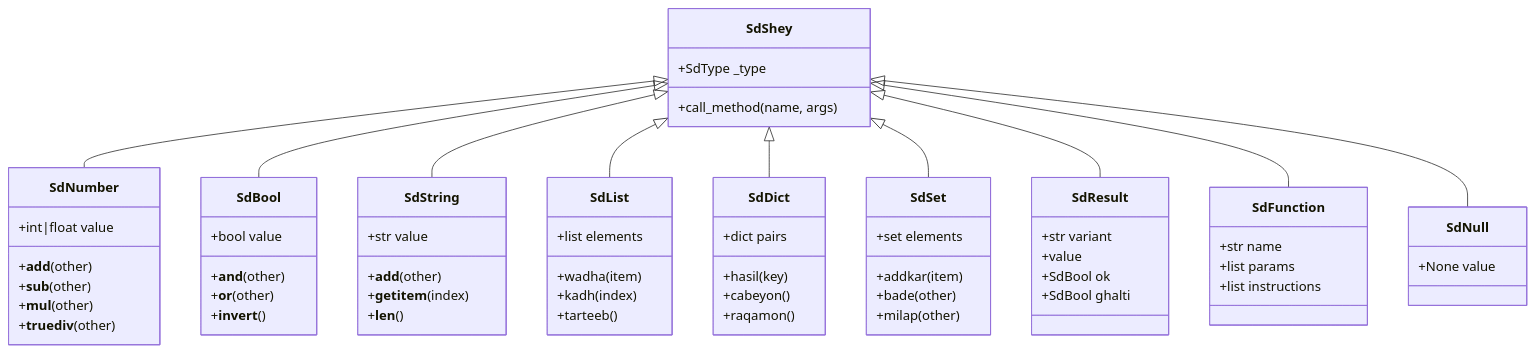
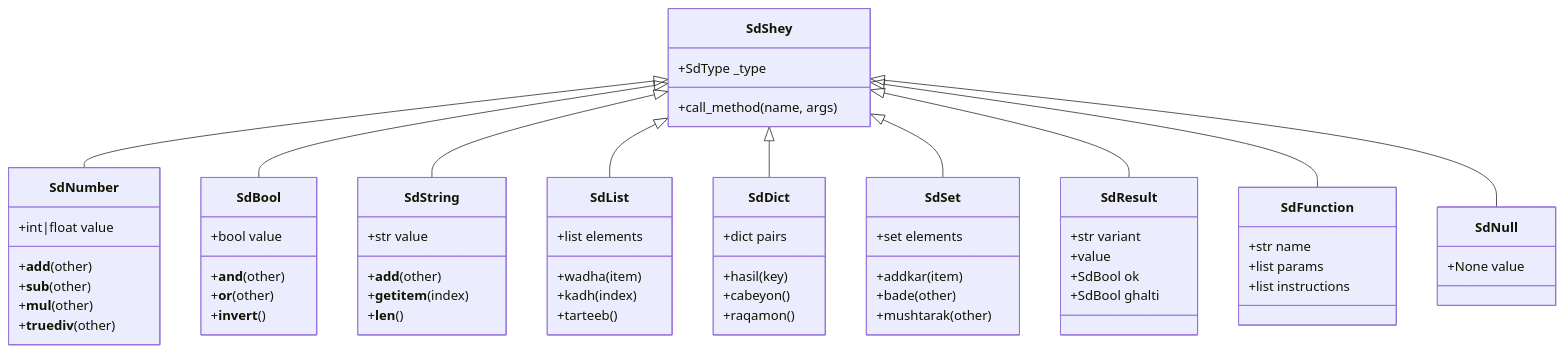
One commit to AmanatAliPanhwer/Sindlish changed the first of 2 diagrams in developer-docs/OBJECTS.md. Above: the diagram before and after it, drawn with Mermaid. The commit also changed other lines of this file and 10 other files, not shown here.

First line of the commit message:
refactor(collections): rename set intersection method milap -> mushtarak

````diff
--- a/developer-docs/OBJECTS.md
+++ b/developer-docs/OBJECTS.md
@@ -7,77 +7,77 @@
 ```mermaid
 classDiagram
     class SdShey {
         +SdType _type
         +call_method(name, args)
     }
 
     class SdNumber {
         +int|float value
         +__add__(other)
         +__sub__(other)
         +__mul__(other)
         +__truediv__(other)
     }
 
     class SdBool {
         +bool value
         +__and__(other)
         +__or__(other)
         +__invert__()
     }
 
     class SdString {
         +str value
         +__add__(other)
         +__getitem__(index)
         +__len__()
     }
 
     class SdList {
         +list elements
         +wadha(item)
         +kadh(index)
         +tarteeb()
     }
 
     class SdDict {
         +dict pairs
         +hasil(key)
         +cabeyon()
         +raqamon()
     }
 
     class SdSet {
         +set elements
         +addkar(item)
         +bade(other)
-        +milap(other)
+        +mushtarak(other)
     }
 
     class SdResult {
         +str variant
         +value
         +SdBool ok
         +SdBool ghalti
     }
 
     class SdFunction {
         +str name
         +list params
         +list instructions
     }
 
     class SdNull {
         +None value
     }
 
     SdShey <|-- SdNumber
     SdShey <|-- SdBool
     SdShey <|-- SdString
     SdShey <|-- SdList
     SdShey <|-- SdDict
     SdShey <|-- SdSet
     SdShey <|-- SdResult
     SdShey <|-- SdFunction
     SdShey <|-- SdNull
 ```
````
